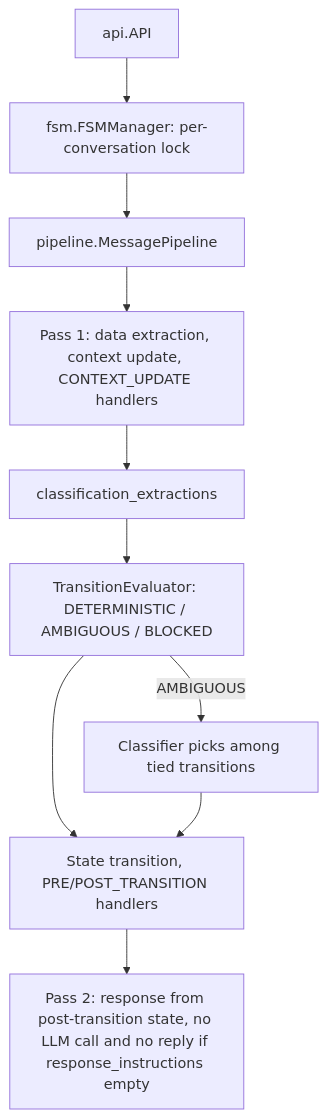
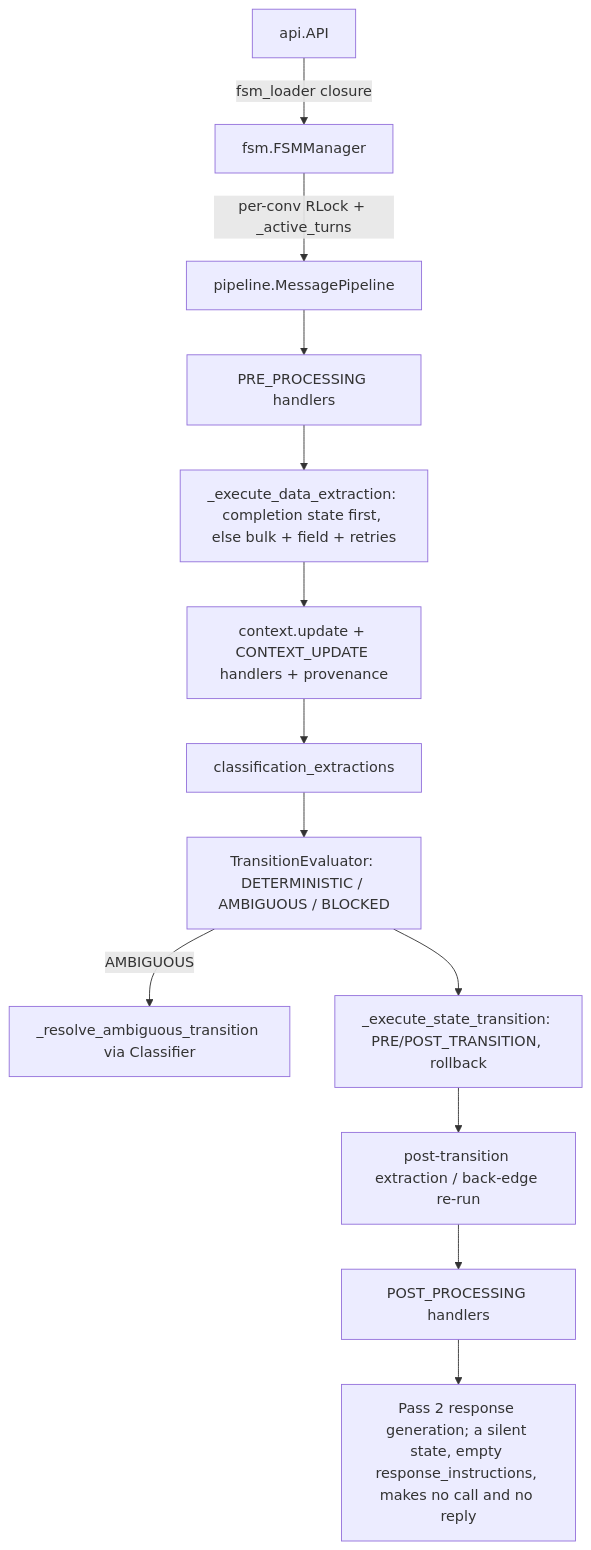
Before and after one commit to NikolasMarkou/fsm_llm: the first of 2 diagrams in src/AGENTS.md, drawn with Mermaid. The commit also changed other lines of this file and 171 other files, not shown here.

Commit message:
[plan-2026-11-10-42ea23c8/iter-1/step-2] refactor(layout): move src/fsm_llm/* to src/, map the fsm_llm package to src via package-dir

````diff
--- a/src/AGENTS.md
+++ b/src/AGENTS.md
@@ -18,12 +15,15 @@
 ```mermaid
 flowchart TD
-    API[api.API] --> FM[fsm.FSMManager: per-conversation lock]
-    FM --> MP[pipeline.MessagePipeline]
-    MP --> P1[Pass 1: data extraction, context update, CONTEXT_UPDATE handlers]
-    P1 --> CX[classification_extractions]
+    API[api.API] -->|fsm_loader closure| FM[fsm.FSMManager]
+    FM -->|per-conv RLock + _active_turns| MP[pipeline.MessagePipeline]
+    MP --> PRE[PRE_PROCESSING handlers]
+    PRE --> DX[_execute_data_extraction: completion state first, else bulk + field + retries]
+    DX --> CU[context.update + CONTEXT_UPDATE handlers + provenance]
+    CU --> CX[classification_extractions]
     CX --> TE[TransitionEvaluator: DETERMINISTIC / AMBIGUOUS / BLOCKED]
-    TE -->|AMBIGUOUS| AC[Classifier picks among tied transitions]
-    TE --> ST[State transition, PRE/POST_TRANSITION handlers]
-    AC --> ST
-    ST --> P2[Pass 2: response from post-transition state, no LLM call and no reply if response_instructions empty]
+    TE -->|AMBIGUOUS| AC[_resolve_ambiguous_transition via Classifier]
+    TE --> ST[_execute_state_transition: PRE/POST_TRANSITION, rollback]
+    ST --> PX[post-transition extraction / back-edge re-run]
+    PX --> POST[POST_PROCESSING handlers]
+    POST --> RG[Pass 2 response generation; a silent state, empty response_instructions, makes no call and no reply]
 ```
````
